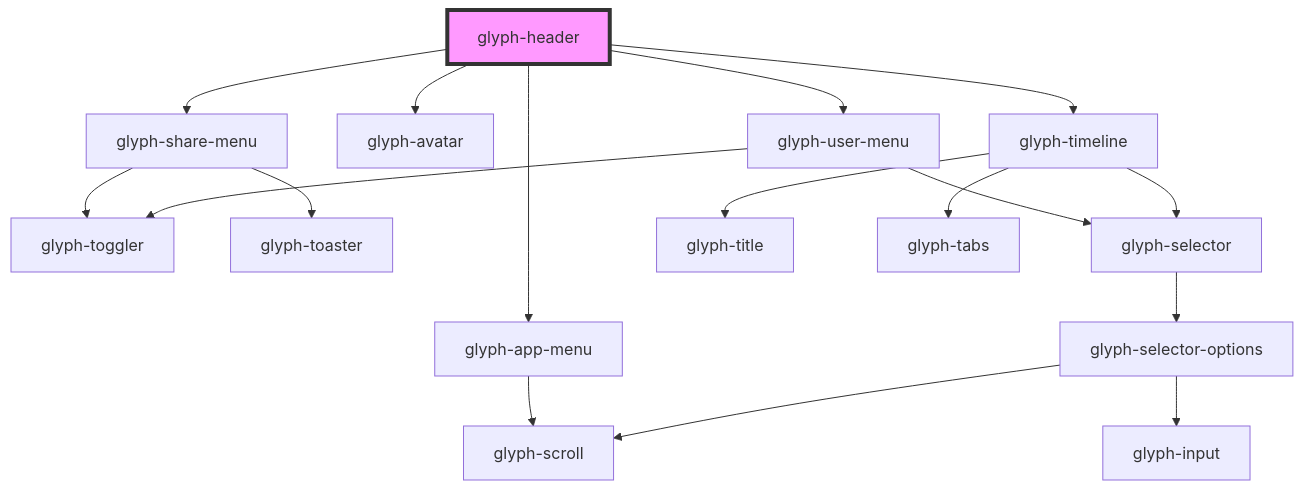
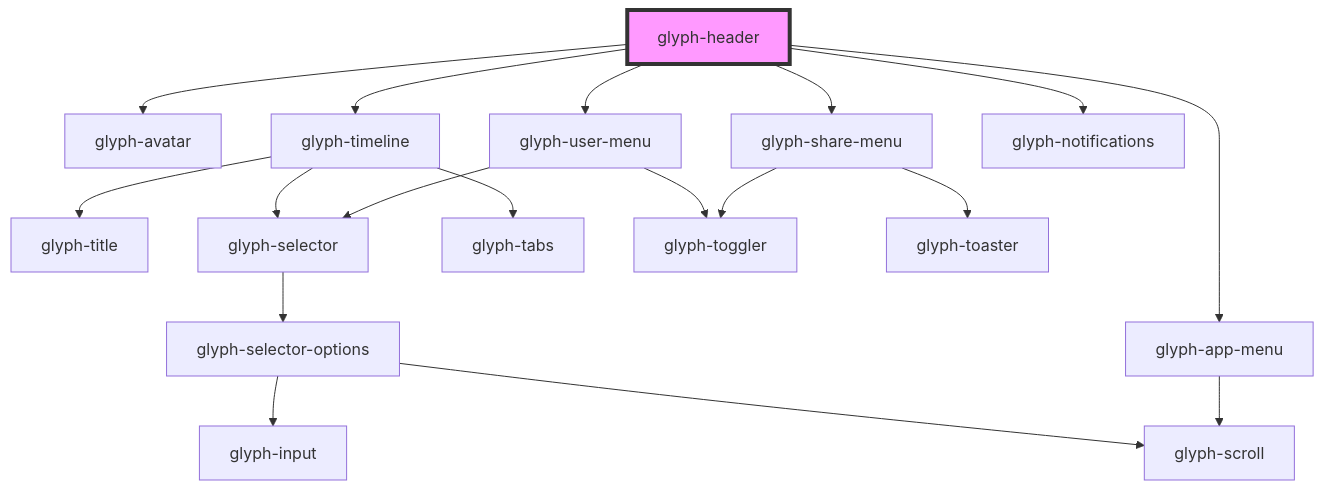
One commit to adrianiy/synth-ui changed the diagram in packages/glyph-components/src/components/layouts/header/readme.md. Above: the diagram before and after it, drawn with Mermaid. The commit also changed other lines of this file and 12 other files, not shown here.

````diff
--- a/packages/glyph-components/src/components/layouts/header/readme.md
+++ b/packages/glyph-components/src/components/layouts/header/readme.md
@@ -54,20 +55,21 @@
 ```mermaid
 graph TD;
+  glyph-header --> glyph-avatar
+  glyph-header --> glyph-timeline
+  glyph-header --> glyph-user-menu
+  glyph-header --> glyph-app-menu
   glyph-header --> glyph-share-menu
-  glyph-header --> glyph-app-menu
-  glyph-header --> glyph-avatar
-  glyph-header --> glyph-user-menu
-  glyph-header --> glyph-timeline
-  glyph-share-menu --> glyph-toggler
-  glyph-share-menu --> glyph-toaster
-  glyph-app-menu --> glyph-scroll
-  glyph-user-menu --> glyph-selector
-  glyph-user-menu --> glyph-toggler
+  glyph-header --> glyph-notifications
+  glyph-timeline --> glyph-title
+  glyph-timeline --> glyph-selector
+  glyph-timeline --> glyph-tabs
   glyph-selector --> glyph-selector-options
   glyph-selector-options --> glyph-input
   glyph-selector-options --> glyph-scroll
-  glyph-timeline --> glyph-title
-  glyph-timeline --> glyph-selector
-  glyph-timeline --> glyph-tabs
+  glyph-user-menu --> glyph-selector
+  glyph-user-menu --> glyph-toggler
+  glyph-app-menu --> glyph-scroll
+  glyph-share-menu --> glyph-toggler
+  glyph-share-menu --> glyph-toaster
   style glyph-header fill:#f9f,stroke:#333,stroke-width:4px
 ```
````
